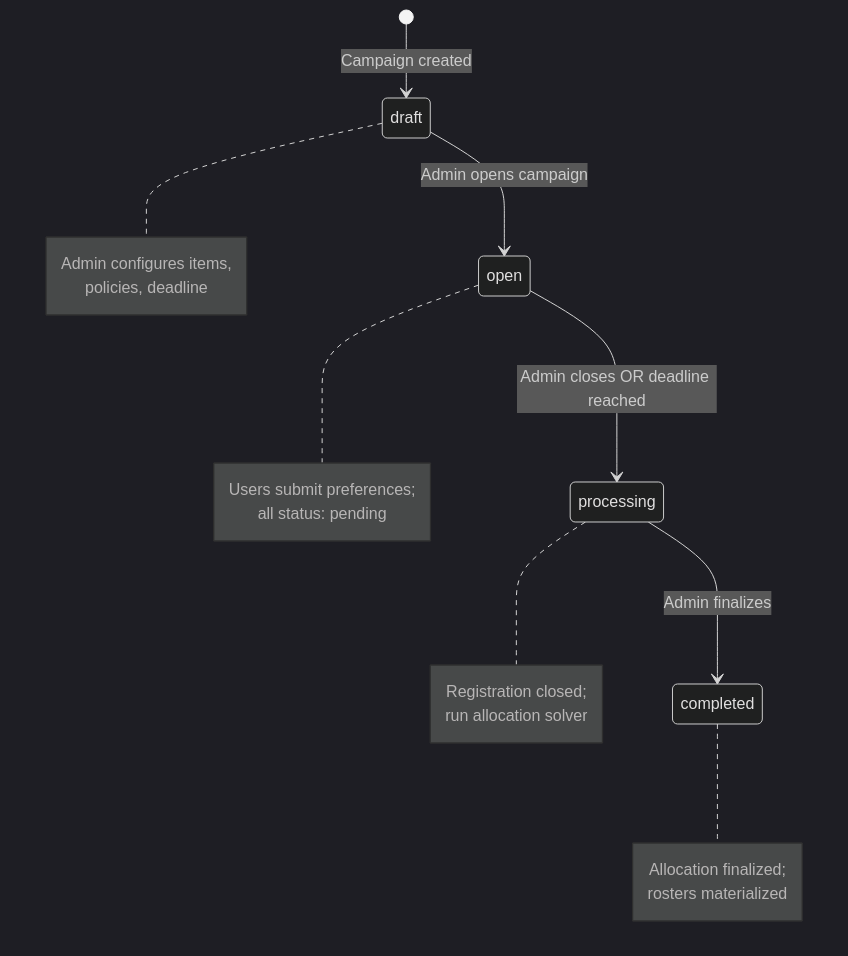
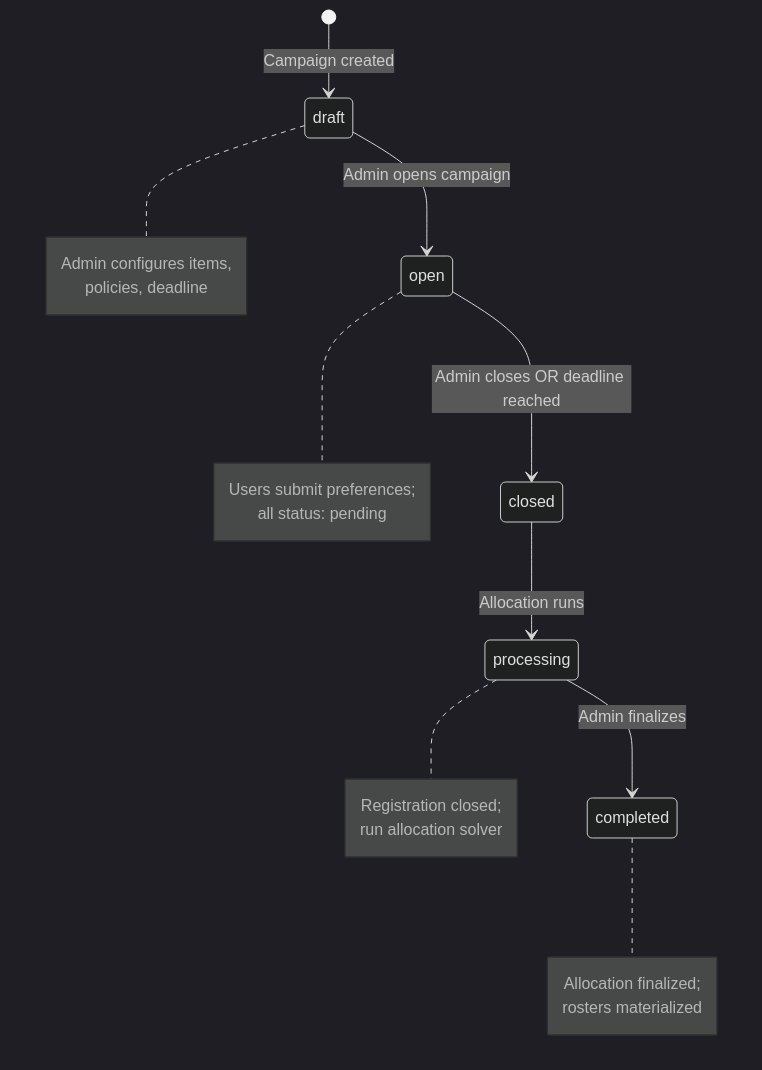
One commit to MaMpf-HD/mampf changed the third of 6 diagrams in architecture/src/features/02-registration.md. Above: the diagram before and after it, drawn with Mermaid (dark theme). The commit also changed other lines of this file and 16 other files, not shown here.

First line of the commit message:
Architecture: Incorporate changes from registration pr (#936)

````diff
--- a/architecture/src/features/02-registration.md
+++ b/architecture/src/features/02-registration.md
@@ -1124,27 +1199,28 @@
 ```mermaid
 stateDiagram-v2
     [*] --> draft: Campaign created
     draft --> open: Admin opens campaign
-    open --> processing: Admin closes OR deadline reached
+    open --> closed: Admin closes OR deadline reached
+    closed --> processing: Allocation runs
     processing --> completed: Admin finalizes
     
     note right of draft
         Admin configures items,
         policies, deadline
     end note
     
     note right of open
         Users submit preferences;
         all status: pending
     end note
     
     note right of processing
         Registration closed;
         run allocation solver
     end note
     
     note right of completed
         Allocation finalized;
         rosters materialized
     end note
 ```
````
